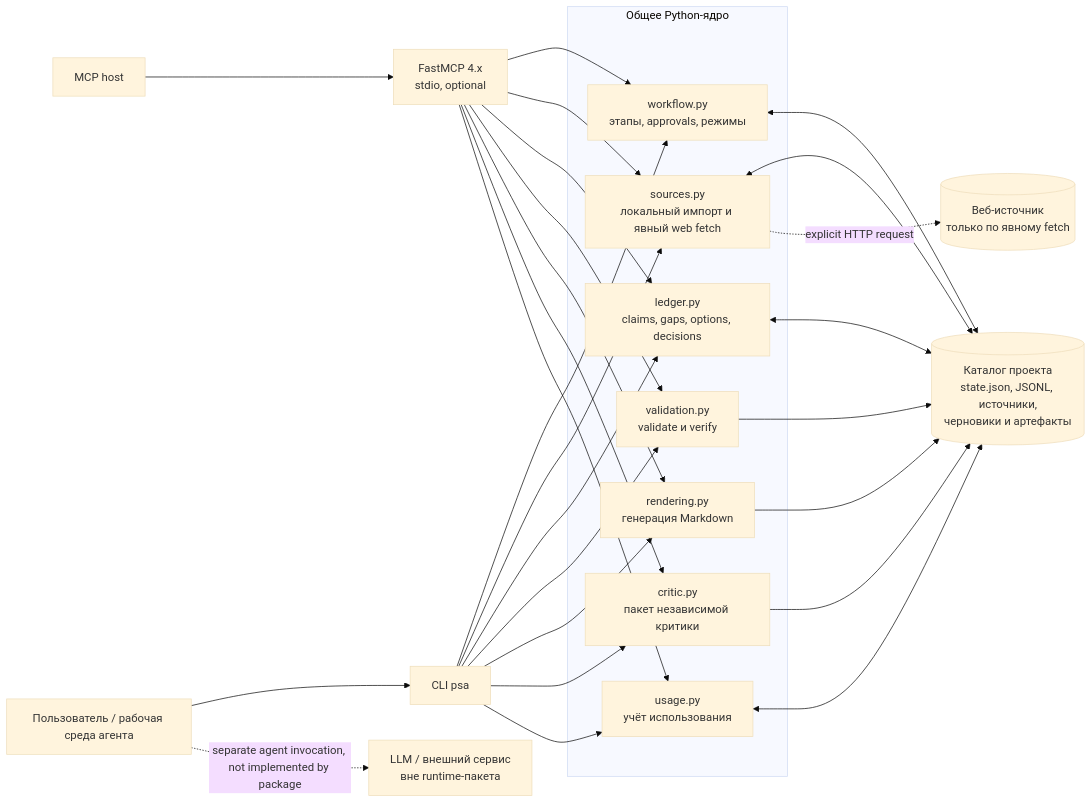
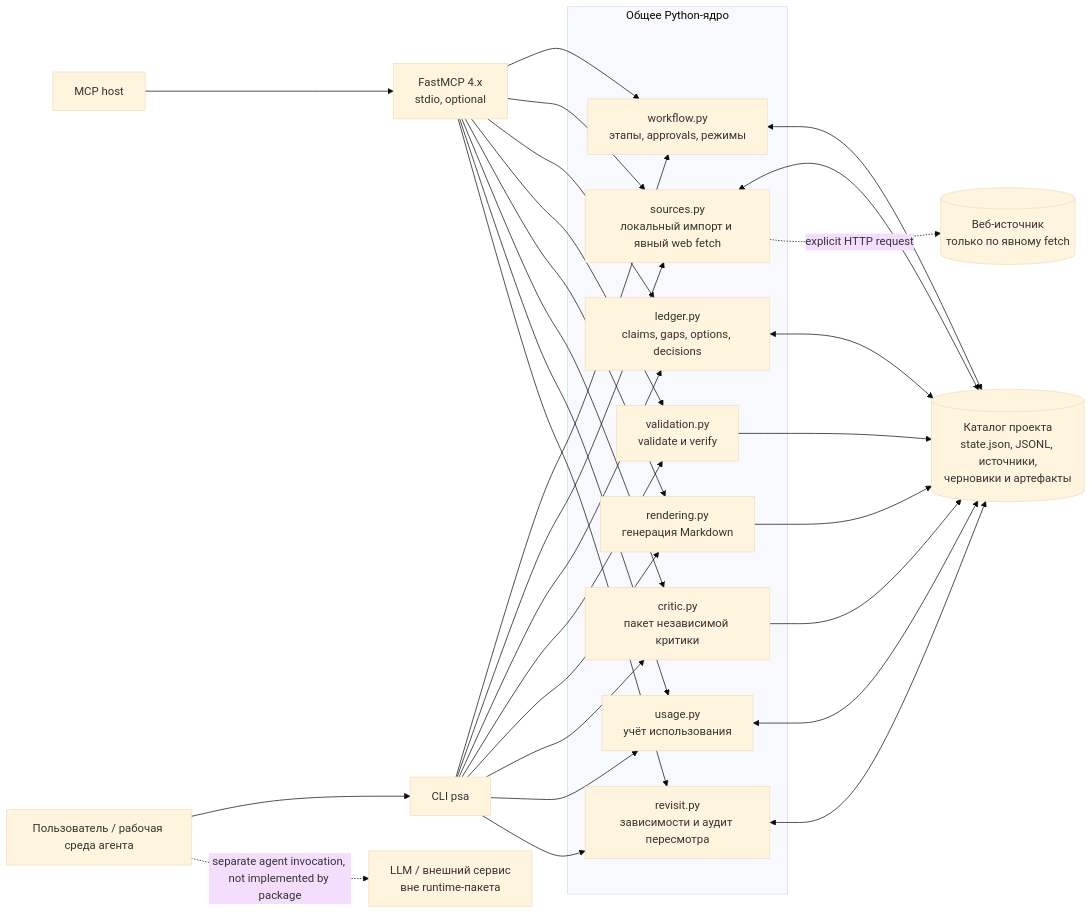
The diagram in diagrams/mvp/architecture.md (kostIT13/product-strategy-copilot-megafon), drawn with Mermaid (base theme) before and after one commit. The commit also changed 7 other files, not shown here.

````diff
--- a/diagrams/mvp/architecture.md
+++ b/diagrams/mvp/architecture.md
@@ -3,47 +3,51 @@
 ```mermaid
 flowchart LR
     U[Пользователь / рабочая среда агента]
     CLI[CLI psa]
     HOST[MCP host]
     MCP[FastMCP 4.x<br/>stdio, optional]
 
     subgraph CORE[Общее Python-ядро]
         WF[workflow.py<br/>этапы, approvals, режимы]
         SRC[sources.py<br/>локальный импорт и явный web fetch]
         LED[ledger.py<br/>claims, gaps, options, decisions]
         VAL[validation.py<br/>validate и verify]
         RND[rendering.py<br/>генерация Markdown]
         CRIT[critic.py<br/>пакет независимой критики]
         USE[usage.py<br/>учёт использования]
+        REV[revisit.py<br/>зависимости и аудит пересмотра]
     end
 
     FS[(Каталог проекта<br/>state.json, JSONL, источники,<br/>черновики и артефакты)]
     NET[(Веб-источник<br/>только по явному fetch)]
     MODEL[LLM / внешний сервис<br/>вне runtime-пакета]
 
     U --> CLI
     HOST --> MCP
     MCP --> WF
     MCP --> SRC
     MCP --> LED
     MCP --> VAL
     MCP --> RND
     MCP --> CRIT
     MCP --> USE
+    MCP --> REV
     CLI --> WF
     CLI --> SRC
     CLI --> LED
     CLI --> VAL
     CLI --> RND
     CLI --> CRIT
     CLI --> USE
+    CLI --> REV
     WF <--> FS
     SRC <--> FS
     LED <--> FS
     VAL --> FS
     RND --> FS
     CRIT --> FS
     USE <--> FS
+    REV <--> FS
     SRC -. explicit HTTP request .-> NET
     U -. separate agent invocation, not implemented by package .-> MODEL
 ```
````
